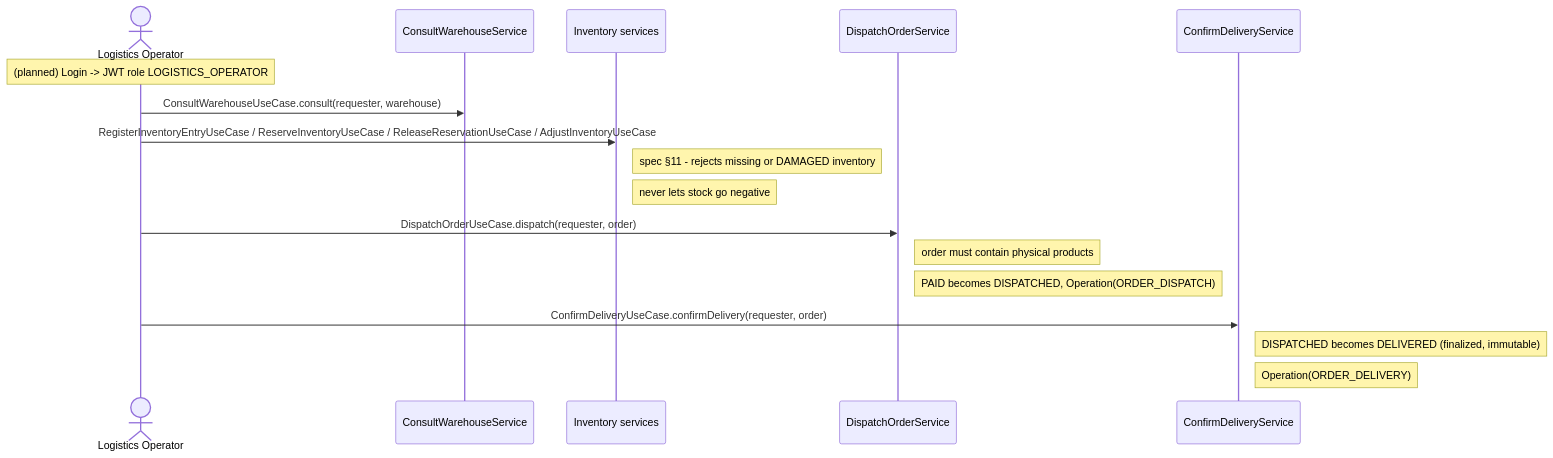
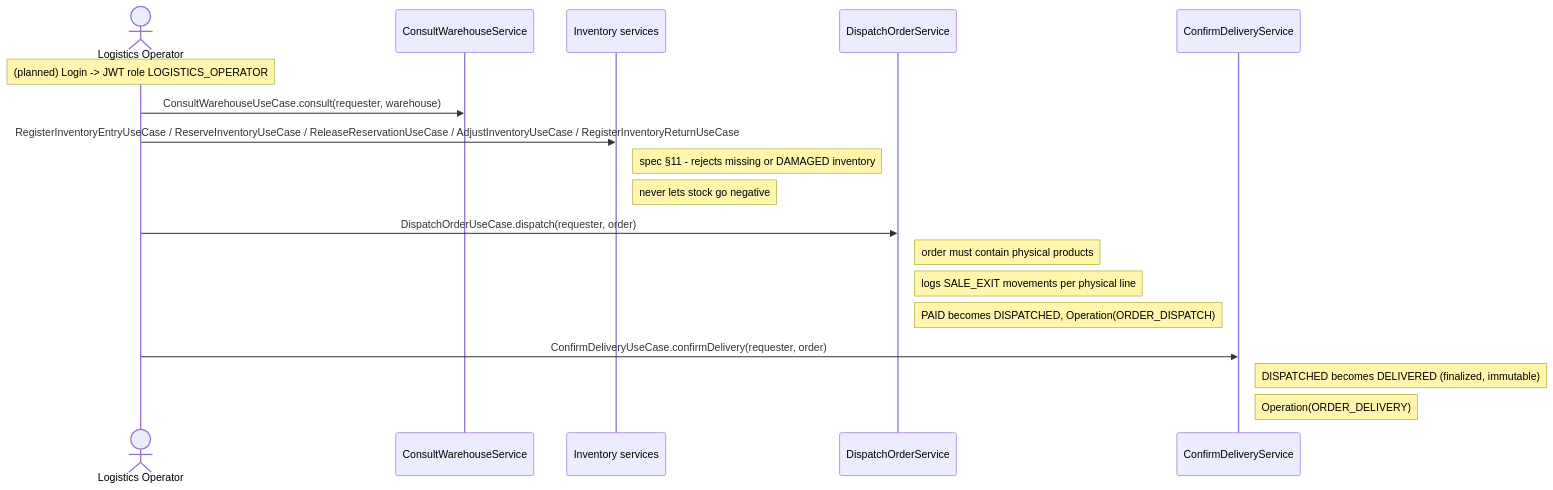
One commit to sirShovo/market_place changed the sixth of 9 diagrams in SDD/Code Walkthrough and Role Flows.md. Above: the diagram before and after it, drawn with Mermaid. The commit also changed other lines of this file and 14 other files, not shown here.

````diff
--- a/SDD/Code Walkthrough and Role Flows.md
+++ b/SDD/Code Walkthrough and Role Flows.md
@@ -405,20 +408,21 @@
 ```mermaid
 sequenceDiagram
     actor L as Logistics Operator
     participant Wh as ConsultWarehouseService
     participant Inv as Inventory services
     participant Disp as DispatchOrderService
     participant Del as ConfirmDeliveryService
 
     Note over L: (planned) Login -> JWT role LOGISTICS_OPERATOR
     L->>Wh: ConsultWarehouseUseCase.consult(requester, warehouse)
-    L->>Inv: RegisterInventoryEntryUseCase / ReserveInventoryUseCase / ReleaseReservationUseCase / AdjustInventoryUseCase
+    L->>Inv: RegisterInventoryEntryUseCase / ReserveInventoryUseCase / ReleaseReservationUseCase / AdjustInventoryUseCase / RegisterInventoryReturnUseCase
     Note right of Inv: spec §11 - rejects missing or DAMAGED inventory
     Note right of Inv: never lets stock go negative
     L->>Disp: DispatchOrderUseCase.dispatch(requester, order)
     Note right of Disp: order must contain physical products
+    Note right of Disp: logs SALE_EXIT movements per physical line
     Note right of Disp: PAID becomes DISPATCHED, Operation(ORDER_DISPATCH)
     L->>Del: ConfirmDeliveryUseCase.confirmDelivery(requester, order)
     Note right of Del: DISPATCHED becomes DELIVERED (finalized, immutable)
     Note right of Del: Operation(ORDER_DELIVERY)
 ```
````
